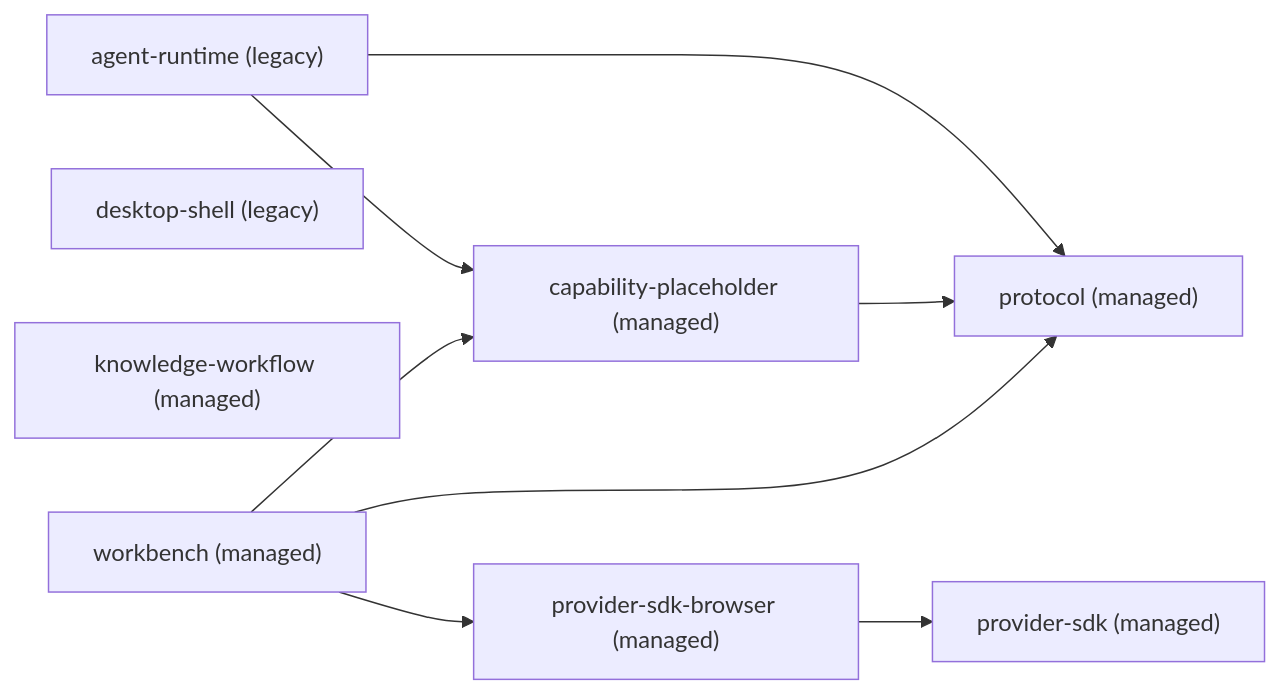
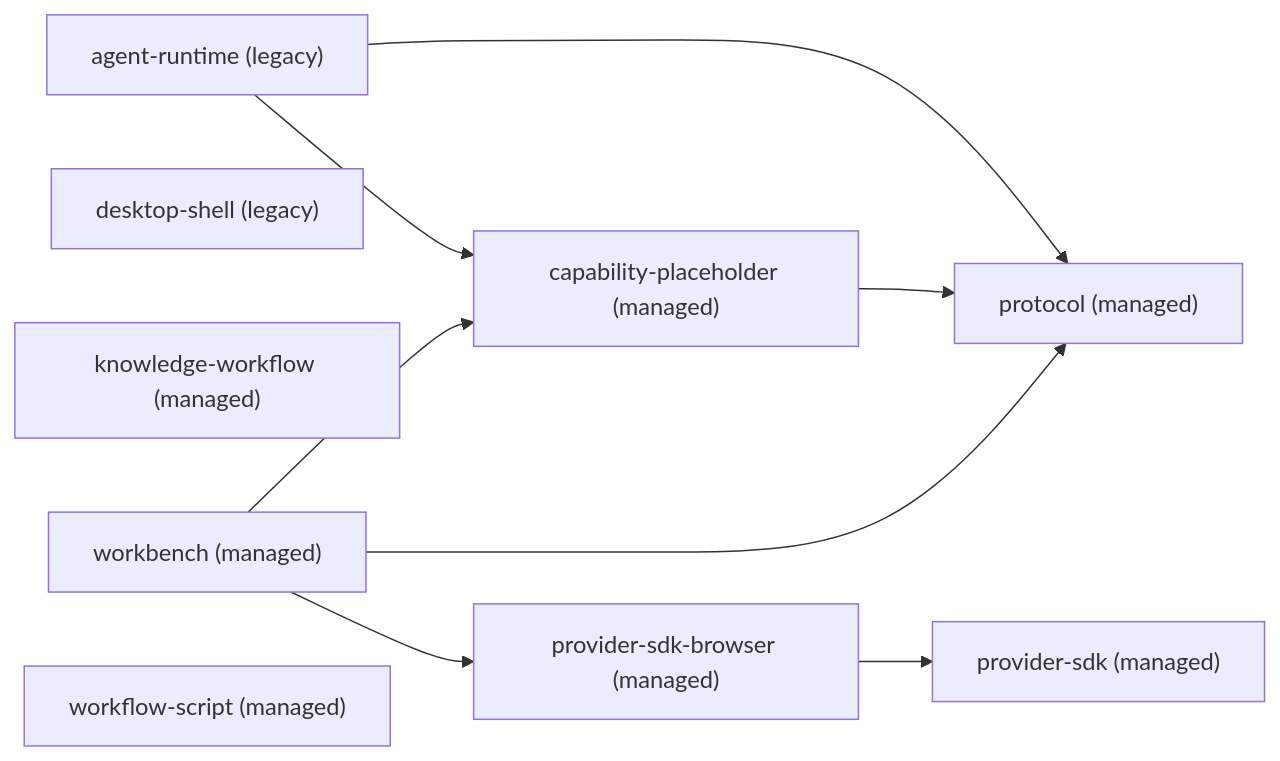
One commit to bear20252026/b07-build changed the diagram in dependency-graph.mmd. Above: the diagram before and after it, drawn with Mermaid. The commit also changed 12 other files, not shown here.

```diff
--- a/dependency-graph.mmd
+++ b/dependency-graph.mmd
@@ -1,18 +1,19 @@
 %% 架构模块依赖图：由 `npm run architecture:graph` 生成，请勿手工编辑。
 %% managed = 受 architecture-policy.yaml 强校验；legacy = 存量模块，仅记录。
 graph LR
   m_agent_runtime["agent-runtime (legacy)"]
   m_capability_placeholder["capability-placeholder (managed)"]
   m_desktop_shell["desktop-shell (legacy)"]
   m_knowledge_workflow["knowledge-workflow (managed)"]
   m_protocol["protocol (managed)"]
   m_provider_sdk["provider-sdk (managed)"]
   m_provider_sdk_browser["provider-sdk-browser (managed)"]
   m_workbench["workbench (managed)"]
+  m_workflow_script["workflow-script (managed)"]
   m_agent_runtime --> m_capability_placeholder
   m_agent_runtime --> m_protocol
   m_capability_placeholder --> m_protocol
   m_provider_sdk_browser --> m_provider_sdk
   m_workbench --> m_capability_placeholder
   m_workbench --> m_protocol
   m_workbench --> m_provider_sdk_browser
```
